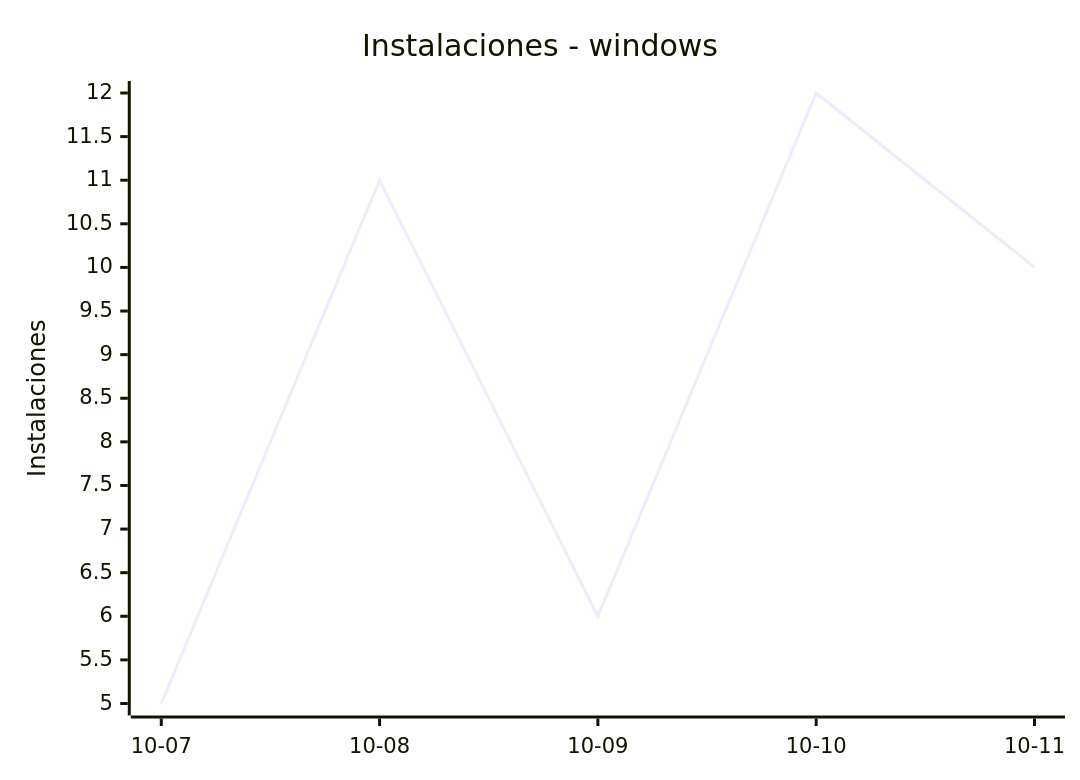
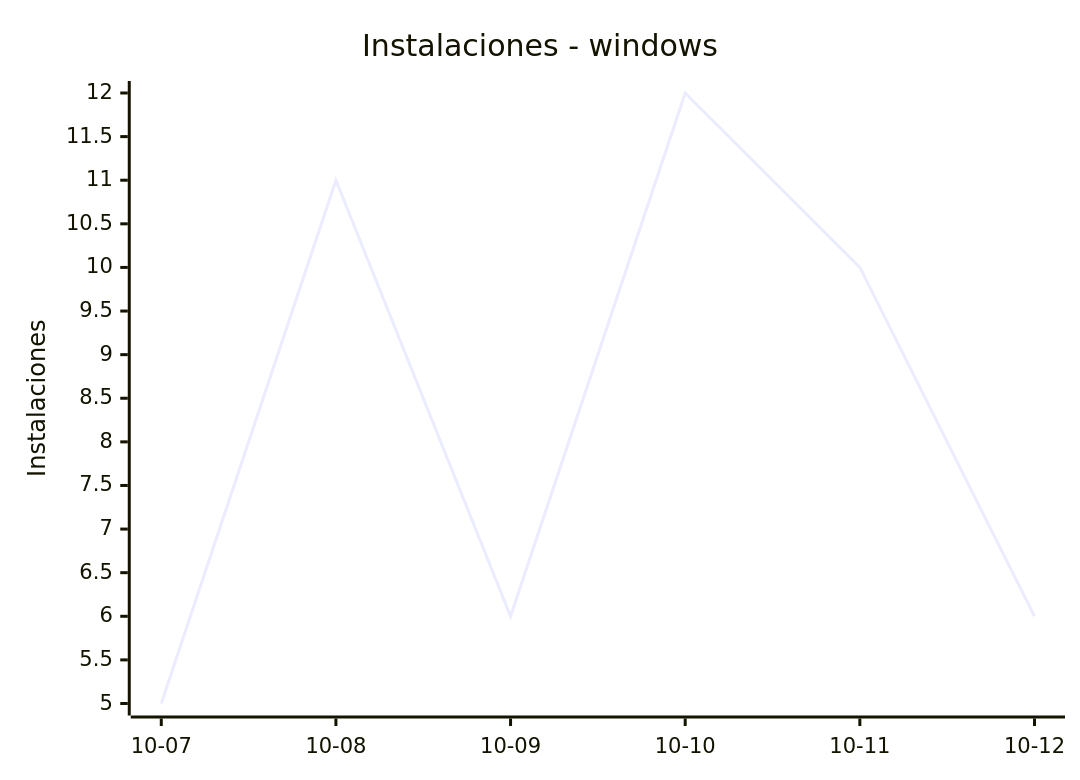
One commit to EmuDeck/stats changed the sixth of 8 diagrams in README.md. Above: the diagram before and after it, drawn with Mermaid. The commit also changed other lines of this file and 2 other files, not shown here.

````diff
--- a/README.md
+++ b/README.md
@@ -68,7 +68,7 @@
 ```mermaid
 xychart-beta
     title "Instalaciones - windows"
-    x-axis ["10-07", "10-08", "10-09", "10-10", "10-11"]
+    x-axis ["10-07", "10-08", "10-09", "10-10", "10-11", "10-12"]
     y-axis "Instalaciones"
-    line [5, 11, 6, 12, 10]
+    line [5, 11, 6, 12, 10, 6]
 ```
````
